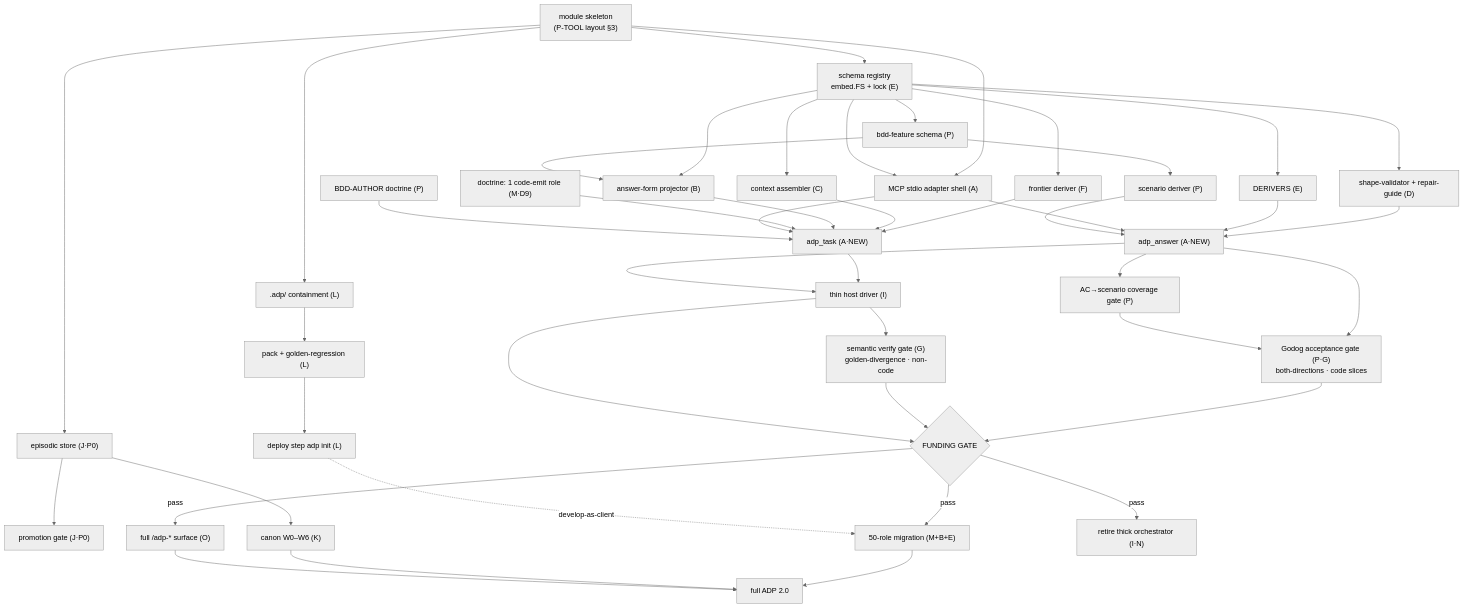
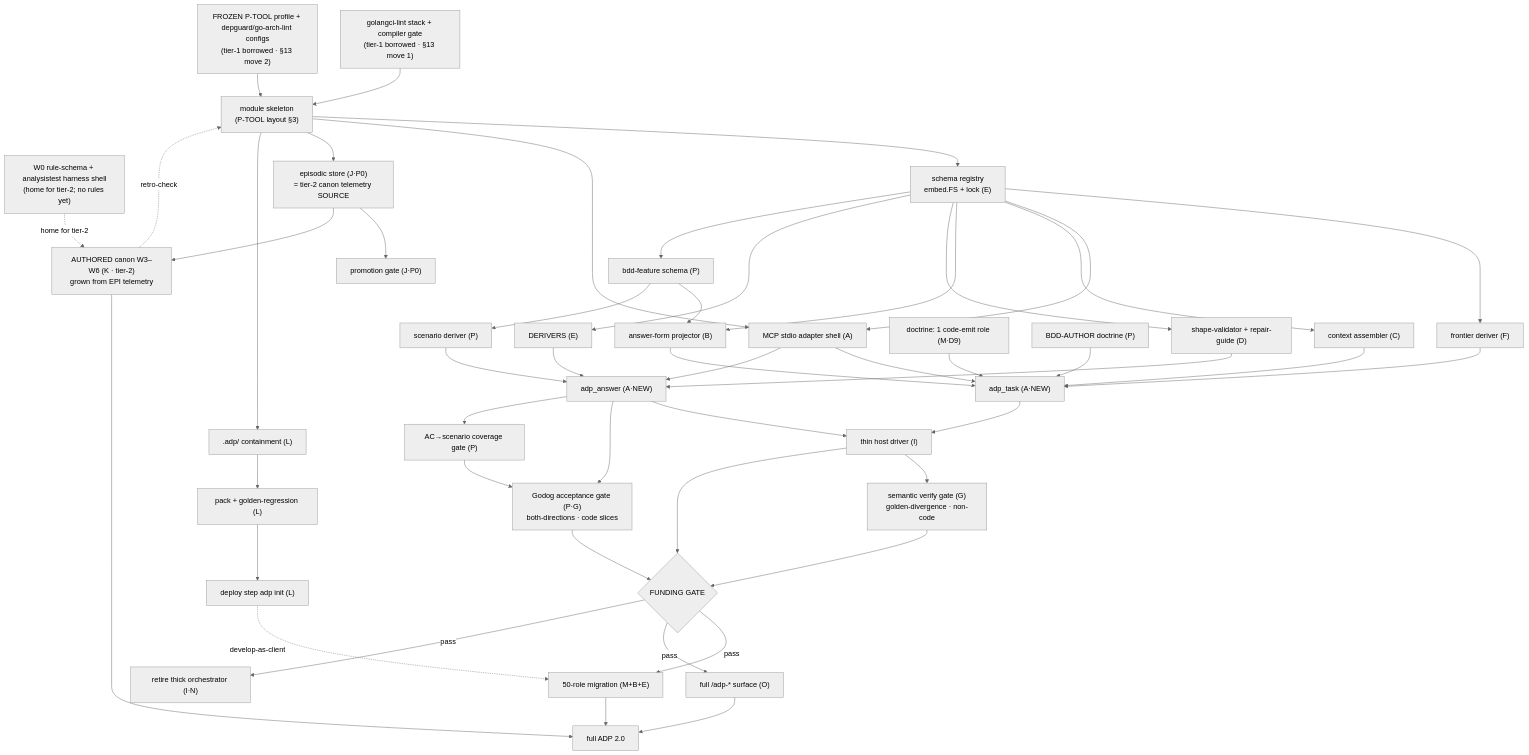
One commit to iiezhachenko/agentic-delivery-system changed the first of 2 diagrams in _adp-2.0/00-design/01-build-order.md. Above: the diagram before and after it, drawn with Mermaid (neutral theme). The commit also changed other lines of this file and 1 other file, not shown here.

````diff
--- a/_adp-2.0/00-design/01-build-order.md
+++ b/_adp-2.0/00-design/01-build-order.md
@@ -23,5 +26,10 @@
 ```mermaid
 flowchart TD
+    %% P0-pre canon floor (tier-1 borrowed, commit 0)
+    LINT["golangci-lint stack + compiler gate<br/>(tier-1 borrowed · §13 move 1)"]
+    ARCH["FROZEN P-TOOL profile + depguard/go-arch-lint configs<br/>(tier-1 borrowed · §13 move 2)"]
+    RSCH["W0 rule-schema + analysistest harness shell<br/>(home for tier-2; no rules yet)"]
+
     %% P0 substrate
     MOD["module skeleton<br/>(P-TOOL layout §3)"]
     SCH["schema registry<br/>embed.FS + lock (E)"]
@@ -47,7 +55,7 @@
     COV["AC→scenario coverage gate (P)"]
 
     %% parallel tracks
-    EPI["episodic store (J·P0)"]
+    EPI["episodic store (J·P0)<br/>= tier-2 canon telemetry SOURCE"]
     PROM["promotion gate (J·P0)"]
     CONT[".adp/ containment (L)"]
     PACK["pack + golden-regression (L)"]
@@ -56,9 +64,14 @@
     %% gated bulk
     FUND{FUNDING GATE}
     MIG["50-role migration (M+B+E)"]
-    CANON["canon W0–W6 (K)"]
+    CANON["AUTHORED canon W3–W6 (K · tier-2)<br/>grown from EPI telemetry"]
     SURF["full /adp-* surface (O)"]
     RET["retire thick orchestrator (I·N)"]
+
+    %% canon floor gates the whole module
+    LINT --> MOD
+    ARCH --> MOD
+    RSCH -.home for tier-2.-> CANON
 
     MOD --> SCH --> FRO
     MOD --> ADP
@@ -92,6 +105,7 @@
     FUND -->|pass| SURF
     FUND -->|pass| RET
     EPI --> CANON
+    CANON -.retro-check.-> MOD
     DEPLOY -.develop-as-client.-> MIG
     MIG --> DONE["full ADP 2.0"]
     CANON --> DONE
````
